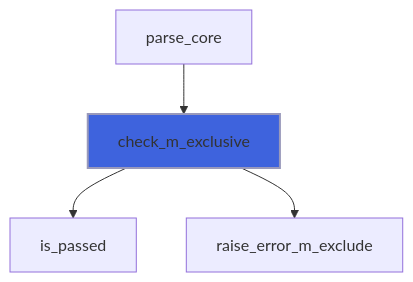
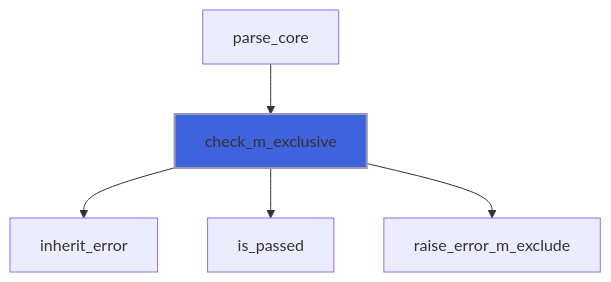
One commit to szaghi/FLAP changed diagram 17 of 40 in docs/api/src/lib/flap_command_line_arguments_group_t.md. Above: the diagram before and after it, drawn with Mermaid. The commit also changed other lines of this file and 18 other files, not shown here.

````diff
--- a/docs/api/src/lib/flap_command_line_arguments_group_t.md
+++ b/docs/api/src/lib/flap_command_line_arguments_group_t.md
@@ -736,7 +743,8 @@
 ```mermaid
 flowchart TD
   parse_core["parse_core"] --> check_m_exclusive["check_m_exclusive"]
+  check_m_exclusive["check_m_exclusive"] --> inherit_error["inherit_error"]
   check_m_exclusive["check_m_exclusive"] --> is_passed["is_passed"]
   check_m_exclusive["check_m_exclusive"] --> raise_error_m_exclude["raise_error_m_exclude"]
   style check_m_exclusive fill:#3e63dd,stroke:#99b,stroke-width:2px
 ```
````
